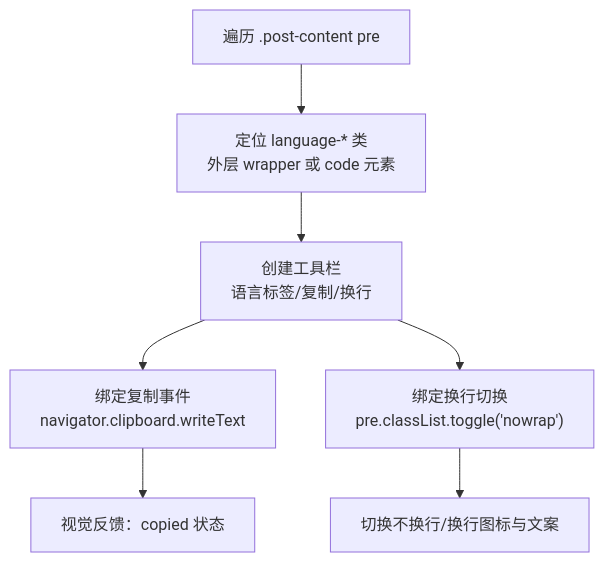
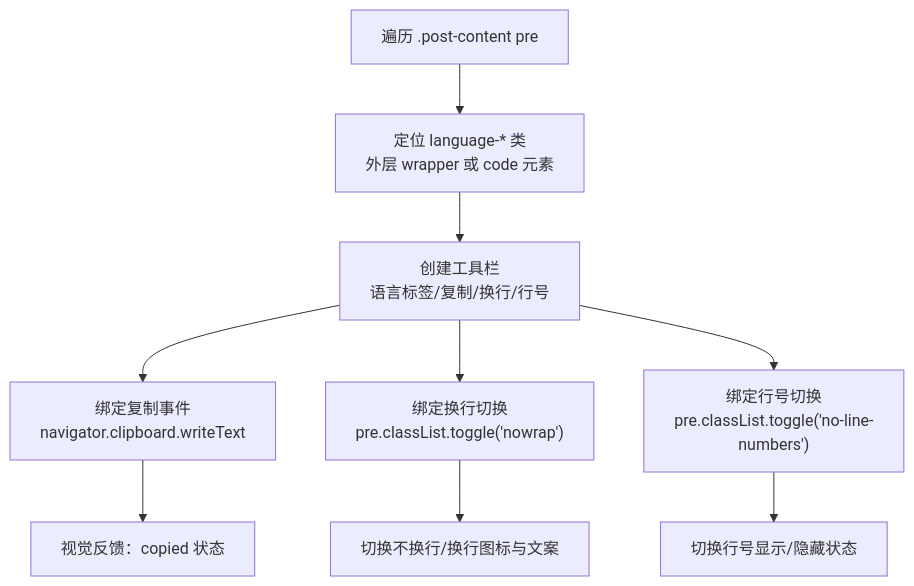
The fifth of 7 diagrams in .qoder/repowiki/zh/content/主题定制/布局定制/文章页布局定制.md (LZC6244/lzc6244.github.io), drawn with Mermaid before and after one commit. The commit also changed other lines of this file and 36 other files, not shown here.

````diff
--- a/.qoder/repowiki/zh/content/主题定制/布局定制/文章页布局定制.md
+++ b/.qoder/repowiki/zh/content/主题定制/布局定制/文章页布局定制.md
@@ -219,9 +255,11 @@
 ```mermaid
 flowchart TD
 A["遍历 .post-content pre"] --> B["定位 language-* 类<br/>外层 wrapper 或 code 元素"]
-B --> C["创建工具栏<br/>语言标签/复制/换行"]
+B --> C["创建工具栏<br/>语言标签/复制/换行/行号"]
 C --> D["绑定复制事件<br/>navigator.clipboard.writeText"]
 C --> E["绑定换行切换<br/>pre.classList.toggle('nowrap')"]
-D --> F["视觉反馈：copied 状态"]
-E --> G["切换不换行/换行图标与文案"]
+C --> F["绑定行号切换<br/>pre.classList.toggle('no-line-numbers')"]
+D --> G["视觉反馈：copied 状态"]
+E --> H["切换不换行/换行图标与文案"]
+F --> I["切换行号显示/隐藏状态"]
 ```
````
